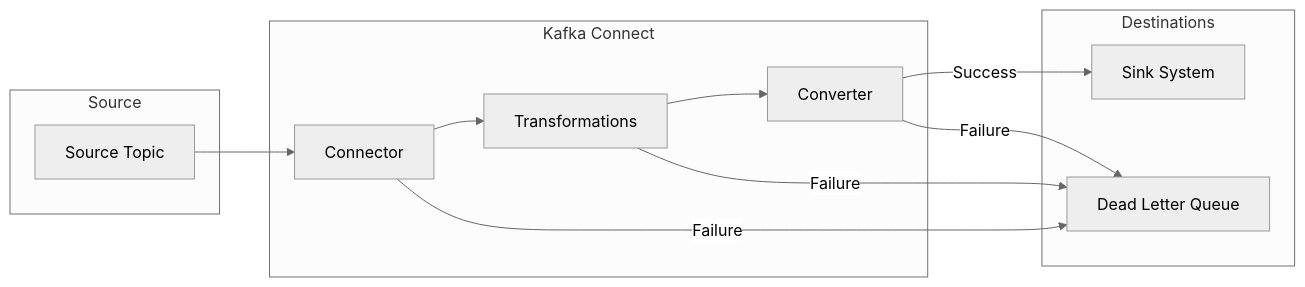
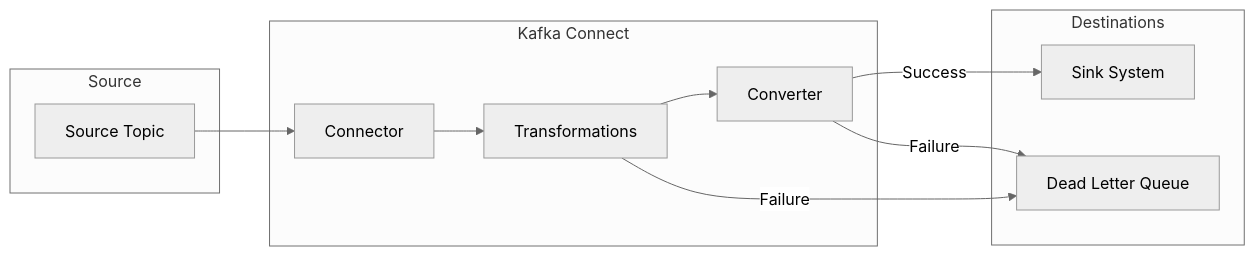
Before and after one commit to OneUptime/blog: the second of 5 diagrams in posts/2026-01-30-kafka-connect-error-handling/README.md, drawn with Mermaid (neutral theme). The commit also changed other lines of this file and 2 other files, not shown here.

````diff
--- a/posts/2026-01-30-kafka-connect-error-handling/README.md
+++ b/posts/2026-01-30-kafka-connect-error-handling/README.md
@@ -68,25 +68,24 @@
 ```mermaid
 flowchart LR
     subgraph Source
         A[Source Topic]
     end
 
     subgraph Kafka Connect
         B[Connector]
         C[Transformations]
         D[Converter]
     end
 
     subgraph Destinations
         E[Sink System]
         F[Dead Letter Queue]
     end
 
     A --> B
     B --> C
     C --> D
     D -->|Success| E
     D -->|Failure| F
     C -->|Failure| F
-    B -->|Failure| F
 ```
````
